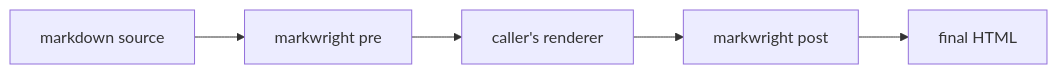
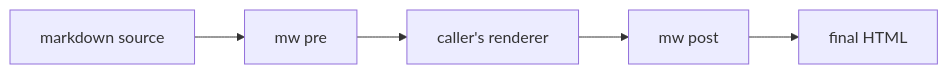
One commit to MasonEgger/markwright changed the first of 2 diagrams in spec.md. Above: the diagram before and after it, drawn with Mermaid. The commit also changed other lines of this file and 5 other files, not shown here.

````diff
--- a/spec.md
+++ b/spec.md
@@ -46,7 +46,7 @@
 ```mermaid
 flowchart LR
-    A[markdown source] --> B[markwright pre]
+    A[markdown source] --> B[mw pre]
     B --> C[caller's renderer]
-    C --> D[markwright post]
+    C --> D[mw post]
     D --> E[final HTML]
 ```
````
